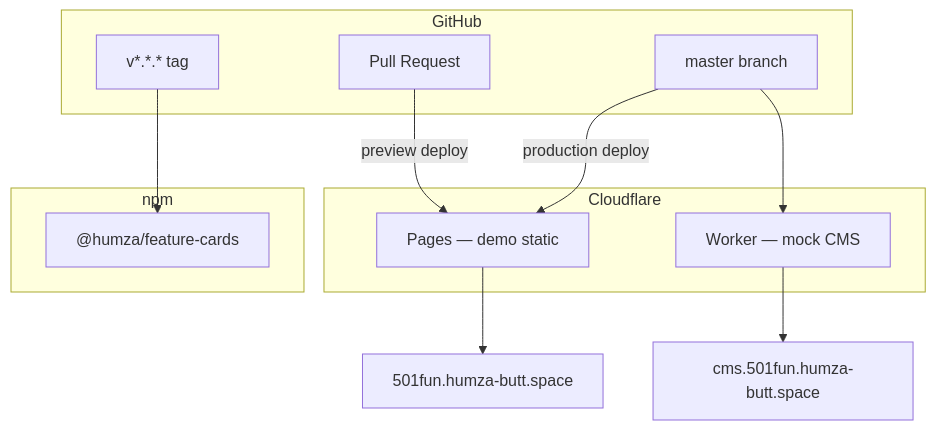
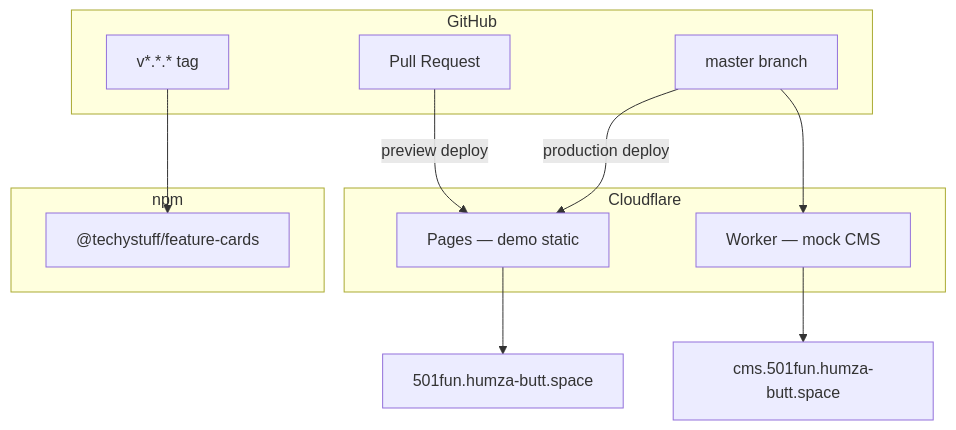
The third of 6 diagrams in docs/diagrams/architecture.md (Hum2a/501Fun-feature-cards), drawn with Mermaid before and after one commit. The commit also changed 107 other files, not shown here.

First line of the commit message:
chore: rename npm package scope to @techystuff/feature-cards

````diff
--- a/docs/diagrams/architecture.md
+++ b/docs/diagrams/architecture.md
@@ -60,25 +60,25 @@
 ```mermaid
 flowchart TB
   subgraph gh["GitHub"]
     PR[Pull Request]
     M[master branch]
     TAG[v*.*.* tag]
   end
 
   subgraph cf["Cloudflare"]
     PAGES["Pages — demo static"]
     WORKER["Worker — mock CMS"]
   end
 
   subgraph npmreg["npm"]
-    PKG["@humza/feature-cards"]
+    PKG["@techystuff/feature-cards"]
   end
 
   PR -->|preview deploy| PAGES
   M -->|production deploy| PAGES
   M --> WORKER
   TAG --> PKG
 
   PAGES --> DEMO["501fun.humza-butt.space"]
   WORKER --> CMS["cms.501fun.humza-butt.space"]
 ```
````
